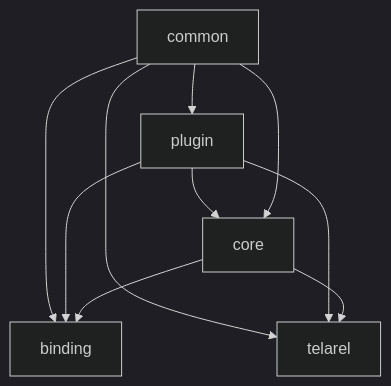
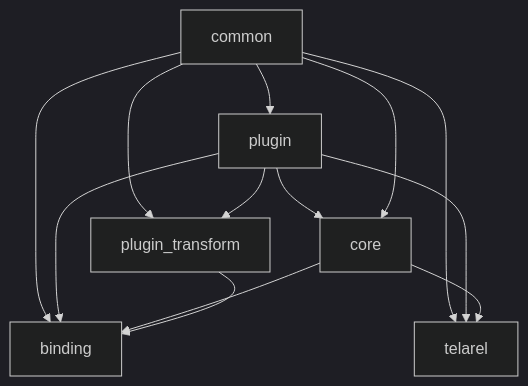
Before and after one commit to telarel/telarel: the first of 4 diagrams in ARCHITECTURE.md, drawn with Mermaid (dark theme). The commit also changed other lines of this file and 33 other files, not shown here.

Commit message:
feat: add transform plugin

````diff
--- a/ARCHITECTURE.md
+++ b/ARCHITECTURE.md
@@ -13,12 +13,15 @@
 ```mermaid
 flowchart TD
     common --> plugin
+    common --> plugin_transform
     plugin --> core
+    plugin --> plugin_transform
     common --> core
     common --> binding
     plugin --> binding
     core --> binding
+    plugin_transform --> binding
     common --> telarel
     plugin --> telarel
     core --> telarel
 ```
````
